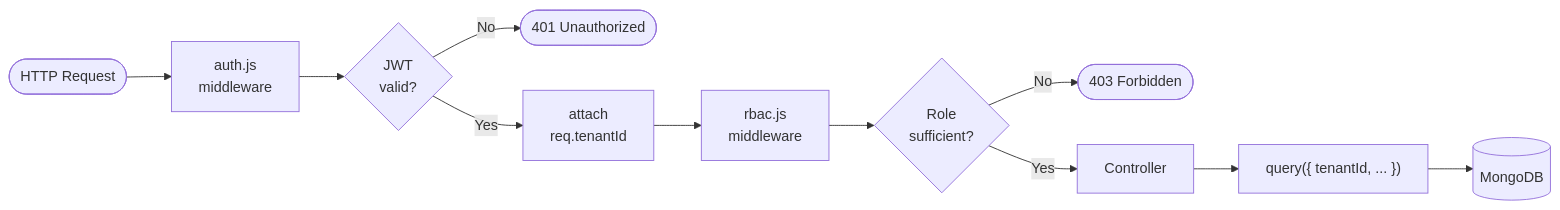
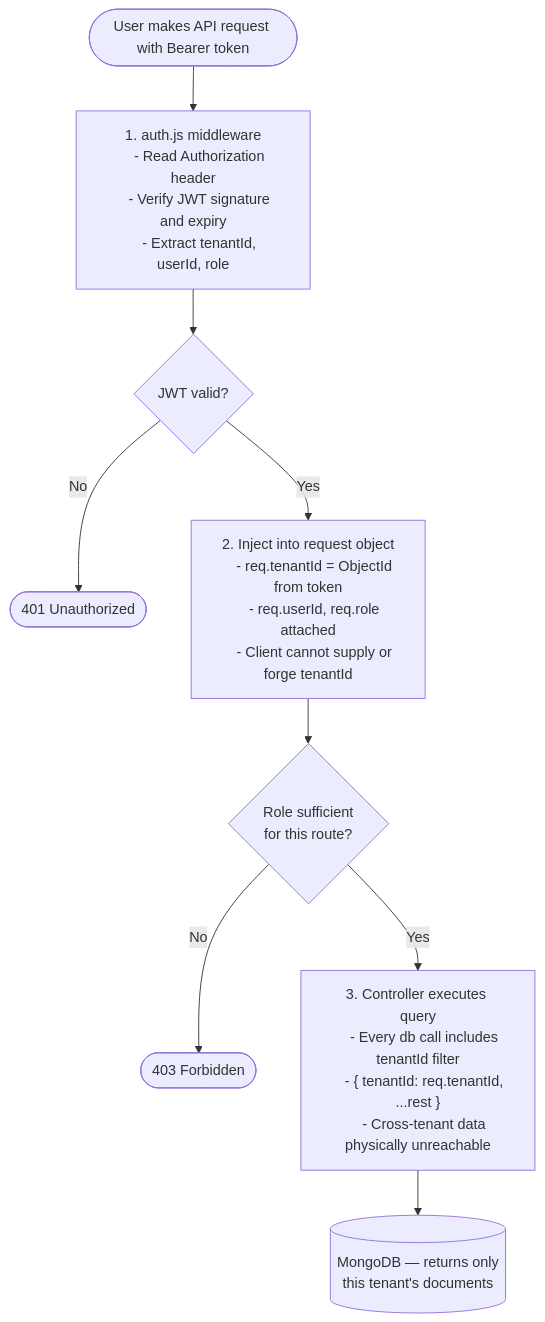
One commit to arnabbhakta791/inventory-management-system changed the first of 7 diagrams in ARCHITECTURE.md. Above: the diagram before and after it, drawn with Mermaid. The commit also changed other lines of this file, not shown here.

First line of the commit message:
docs: rewrite flowcharts with numbered steps and descriptive sub-points

````diff
--- a/ARCHITECTURE.md
+++ b/ARCHITECTURE.md
@@ -13,13 +13,30 @@
 ```mermaid
-flowchart LR
-    A([HTTP Request]) --> B[auth.js\nmiddleware]
-    B --> C{JWT\nvalid?}
-    C -- No --> D([401 Unauthorized])
-    C -- Yes --> E[attach\nreq.tenantId]
-    E --> F[rbac.js\nmiddleware]
-    F --> G{Role\nsufficient?}
-    G -- No --> H([403 Forbidden])
-    G -- Yes --> I[Controller]
-    I --> J["query({ tenantId, ... })"]
-    J --> K[(MongoDB)]
+flowchart TD
+    Start(["User makes API request with Bearer token"])
+    Start --> A
+
+    A["1. auth.js middleware
+    - Read Authorization header
+    - Verify JWT signature and expiry
+    - Extract tenantId, userId, role"]
+
+    A --> B{JWT valid?}
+    B -- No --> Err1(["401 Unauthorized"])
+    B -- Yes --> C
+
+    C["2. Inject into request object
+    - req.tenantId = ObjectId from token
+    - req.userId, req.role attached
+    - Client cannot supply or forge tenantId"]
+
+    C --> D{Role sufficient\nfor this route?}
+    D -- No --> Err2(["403 Forbidden"])
+    D -- Yes --> E
+
+    E["3. Controller executes query
+    - Every db call includes tenantId filter
+    - { tenantId: req.tenantId, ...rest }
+    - Cross-tenant data physically unreachable"]
+
+    E --> F[(MongoDB — returns only\nthis tenant's documents)]
 ```
````
